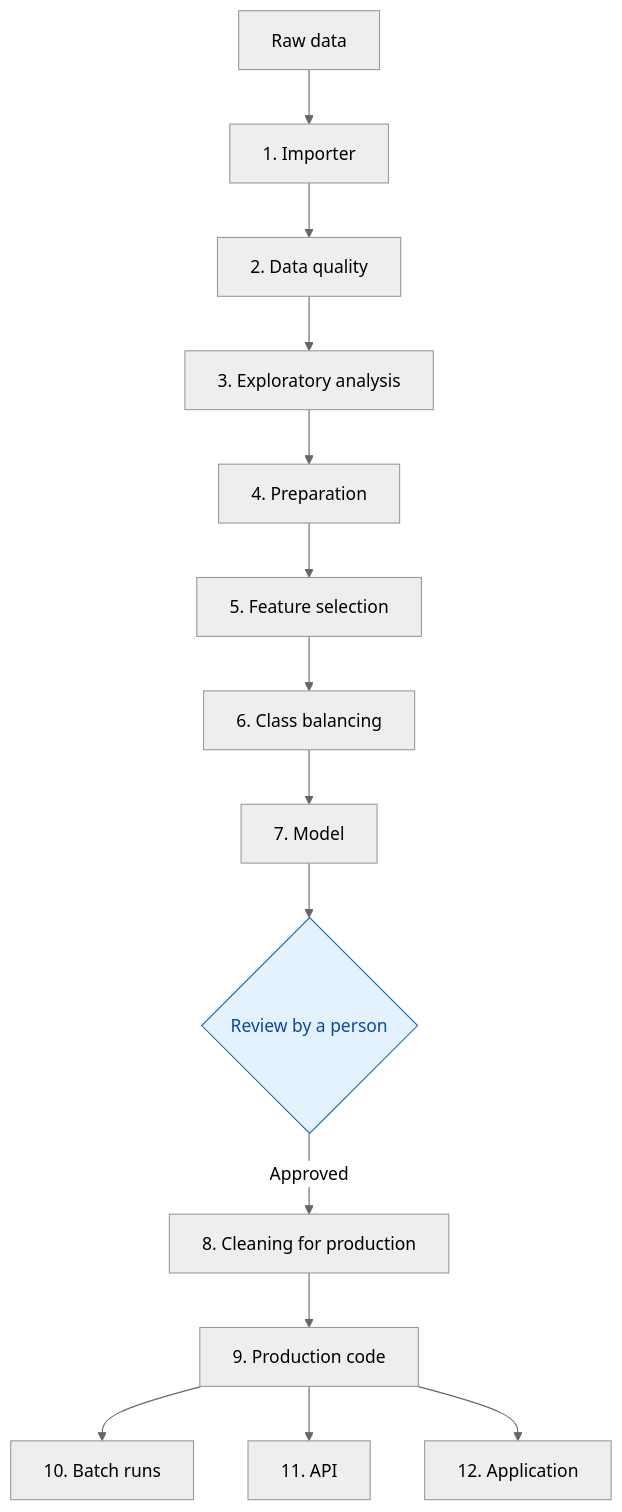
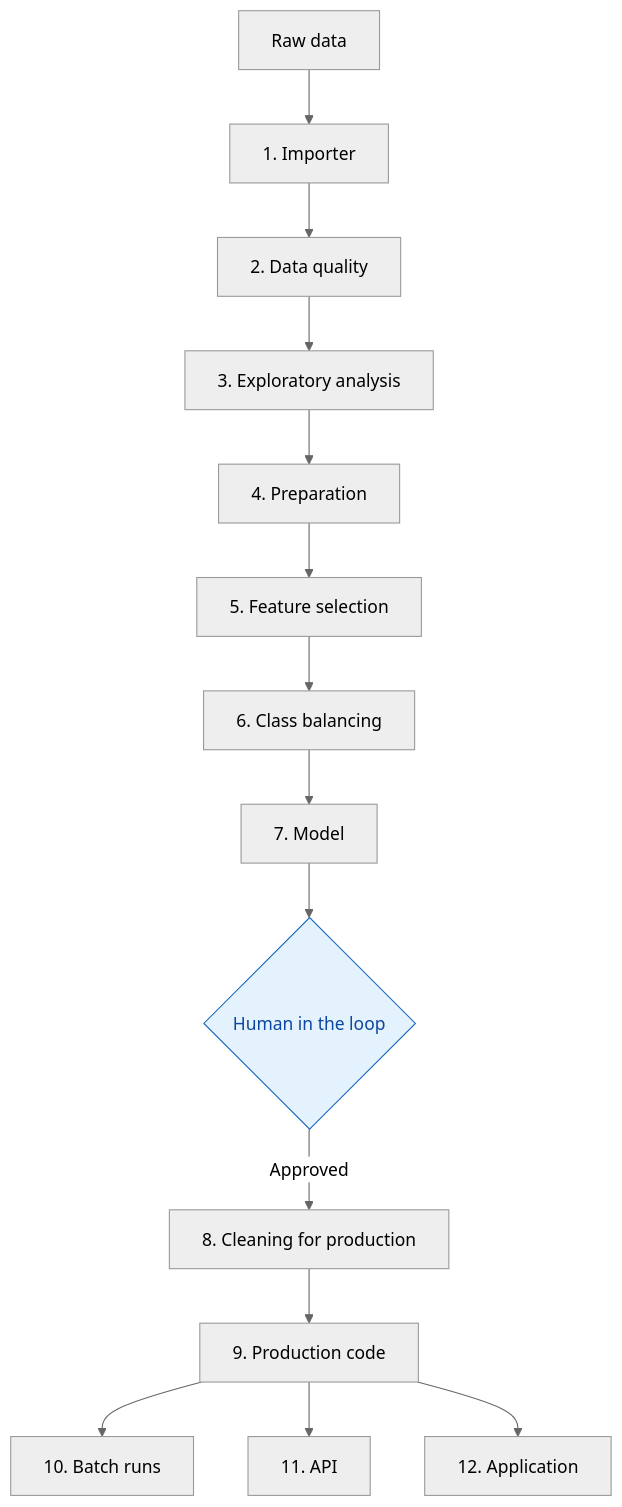
Before and after one commit to jleonceo/portfolio-juan-luis: the third of 3 diagrams in README.en.md, drawn with Mermaid (neutral theme). The commit also changed other lines of this file and 1 other file, not shown here.

First line of the commit message:
Esquemas: human in the loop en los cuatro puntos donde decide una persona

````diff
--- a/README.en.md
+++ b/README.en.md
@@ -83,18 +83,18 @@
 ```mermaid
 flowchart TD
     D[Raw data] --> A1[1. Importer]
     A1 --> A2[2. Data quality]
     A2 --> A3[3. Exploratory analysis]
     A3 --> A4[4. Preparation]
     A4 --> A5[5. Feature selection]
     A5 --> A6[6. Class balancing]
     A6 --> A7[7. Model]
-    A7 --> P{Review by a person}
+    A7 --> P{Human in the loop}
     P -->|Approved| A8[8. Cleaning for production]
     A8 --> A9[9. Production code]
     A9 --> A10[10. Batch runs]
     A9 --> A11[11. API]
     A9 --> A12[12. Application]
 
     style P fill:#e3f2fd,stroke:#1565c0,color:#0d47a1
 ```
````
